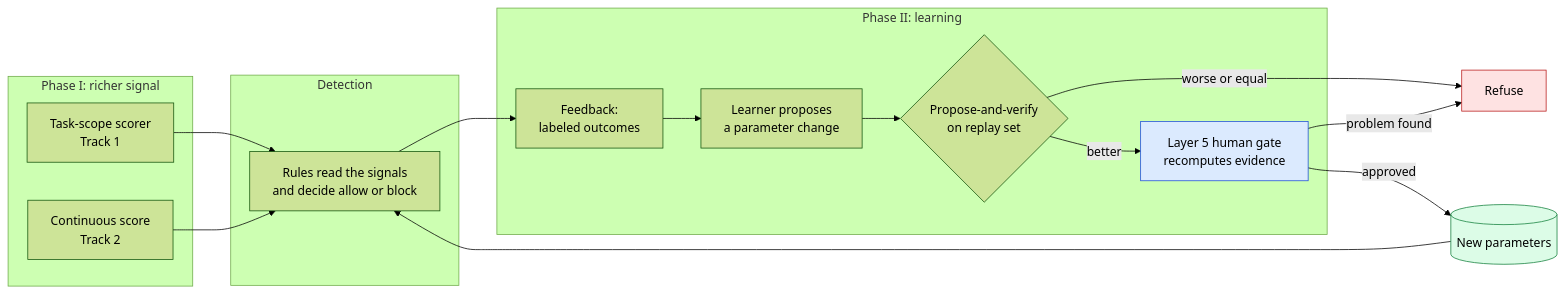
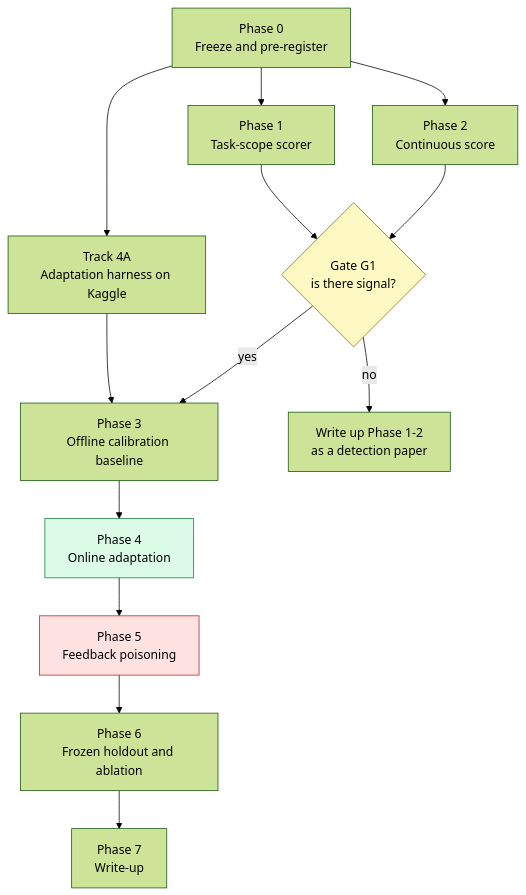
The second of 5 diagrams in paper2-plan.md (ahmadkhanraj01/adaptishield), drawn with Mermaid (forest theme) before and after one commit. The commit also changed other lines of this file and 5 other files, not shown here.

````diff
--- a/paper2-plan.md
+++ b/paper2-plan.md
@@ -43,27 +89,18 @@
 ```mermaid
-flowchart LR
-    subgraph Signal["Phase I: richer signal"]
-        S1["Task-scope scorer<br/>Track 1"]
-        S2["Continuous score<br/>Track 2"]
-    end
-    subgraph Detect["Detection"]
-        D["Rules read the signals<br/>and decide allow or block"]
-    end
-    subgraph Learn["Phase II: learning"]
-        F["Feedback:<br/>labeled outcomes"]
-        L["Learner proposes<br/>a parameter change"]
-        V{"Propose-and-verify<br/>on replay set"}
-        G["Layer 5 human gate<br/>recomputes evidence"]
-    end
-    S1 --> D
-    S2 --> D
-    D --> F --> L --> V
-    V -->|worse or equal| X[Refuse]
-    V -->|better| G
-    G -->|approved| P[("New parameters")]
-    G -->|problem found| X
-    P --> D
-    style G fill:#dbeafe,stroke:#1d4ed8
-    style X fill:#fee2e2,stroke:#b91c1c
-    style P fill:#dcfce7,stroke:#15803d
+flowchart TB
+    P0["Phase 0<br/>Freeze and pre-register"] --> P1["Phase 1<br/>Task-scope scorer"]
+    P0 --> P2["Phase 2<br/>Continuous score"]
+    P0 --> AH["Track 4A<br/>Adaptation harness on Kaggle"]
+    AH --> P3
+    P1 --> G1{"Gate G1<br/>is there signal?"}
+    P2 --> G1
+    G1 -->|"no"| W1["Write up Phase 1-2<br/>as a detection paper"]
+    G1 -->|"yes"| P3["Phase 3<br/>Offline calibration baseline"]
+    P3 --> P4["Phase 4<br/>Online adaptation"]
+    P4 --> P5["Phase 5<br/>Feedback poisoning"]
+    P5 --> P6["Phase 6<br/>Frozen holdout and ablation"]
+    P6 --> P7["Phase 7<br/>Write-up"]
+    style G1 fill:#fef9c3,stroke:#a16207
+    style P4 fill:#dcfce7,stroke:#15803d
+    style P5 fill:#fee2e2,stroke:#b91c1c
 ```
````
